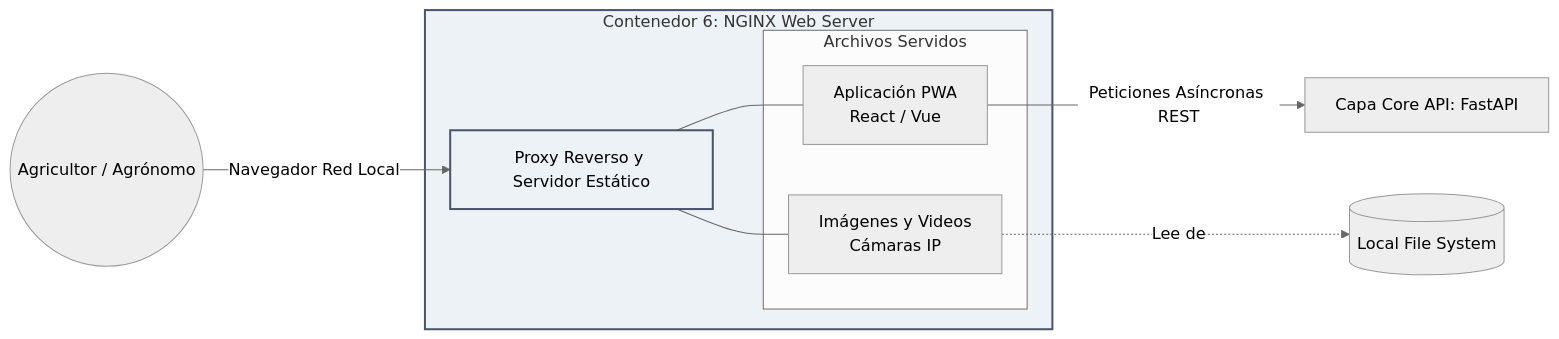
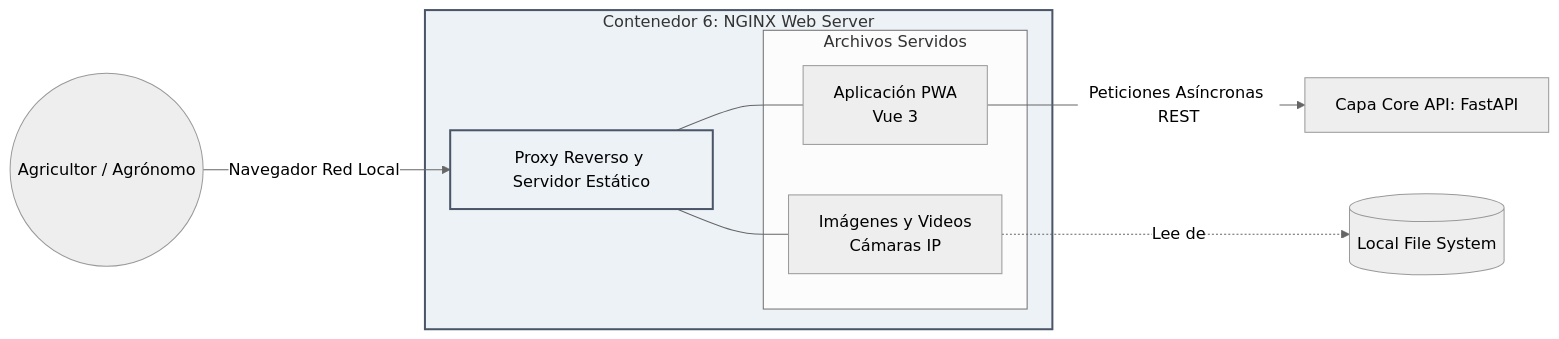
Before and after one commit to matichanx3x3/HumanitIA-Docs: the fifth of 5 diagrams in Obsidian/03_Documentacion_Tecnica/Infraestructura_y_Graficos.md, drawn with Mermaid (neutral theme). The commit also changed 17 other files, not shown here.

````diff
--- a/Obsidian/03_Documentacion_Tecnica/Infraestructura_y_Graficos.md
+++ b/Obsidian/03_Documentacion_Tecnica/Infraestructura_y_Graficos.md
@@ -160,25 +160,25 @@
 ```mermaid
 graph LR
     %% Usuario
     User((Agricultor / Agrónomo)) -->|Navegador Red Local| NGINX
 
     %% Servidor Web
     subgraph Presentacion [Contenedor 6: NGINX Web Server]
         NGINX[Proxy Reverso y Servidor Estático]
         
         subgraph Archivos [Archivos Servidos]
-            UI[Aplicación PWA <br> React / Vue]
+            UI[Aplicación PWA <br> Vue 3]
             IMG[Imágenes y Videos <br> Cámaras IP]
         end
         
         NGINX --- UI
         NGINX --- IMG
     end
 
     %% Conexiones Internas
     UI -->|Peticiones Asíncronas REST| API[Capa Core API: FastAPI]
     IMG -.->|Lee de| FS[(Local File System)]
 
     classDef web fill:#edf2f7,stroke:#4a5568,stroke-width:2px;
     class Presentacion,NGINX web;
 ```
````
